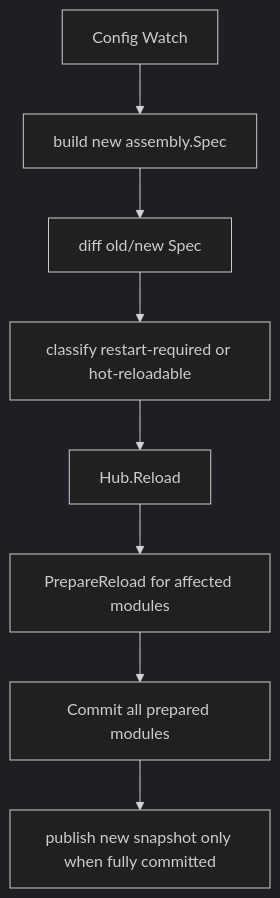
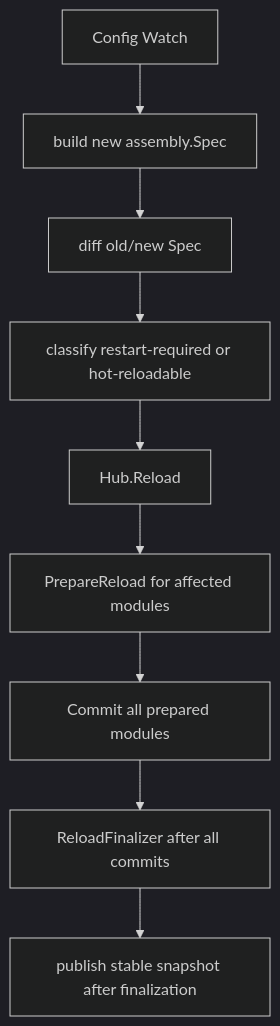
The second of 2 diagrams in docs/zh_CN/05-配置声明式装配与热重载.md (codesjoy/yggdrasil), drawn with Mermaid (dark theme) before and after one commit. The commit also changed other lines of this file and 7 other files, not shown here.

````diff
--- a/docs/zh_CN/05-配置声明式装配与热重载.md
+++ b/docs/zh_CN/05-配置声明式装配与热重载.md
@@ -197,10 +197,11 @@
 ```mermaid
 flowchart TB
     Watch["Config Watch"] --> Build["build new assembly.Spec"]
     Build --> Diff["diff old/new Spec"]
     Diff --> Classify["classify restart-required or hot-reloadable"]
     Classify --> Reload["Hub.Reload"]
     Reload --> Prepare["PrepareReload for affected modules"]
     Prepare --> Commit["Commit all prepared modules"]
-    Commit --> Publish["publish new snapshot only when fully committed"]
+    Commit --> Finalize["ReloadFinalizer after all commits"]
+    Finalize --> Publish["publish stable snapshot after finalization"]
 ```
````
